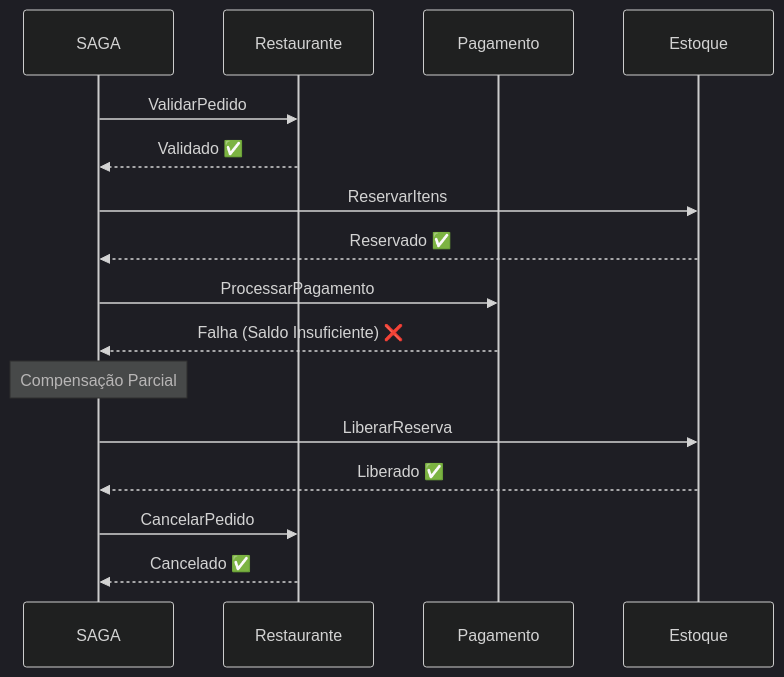
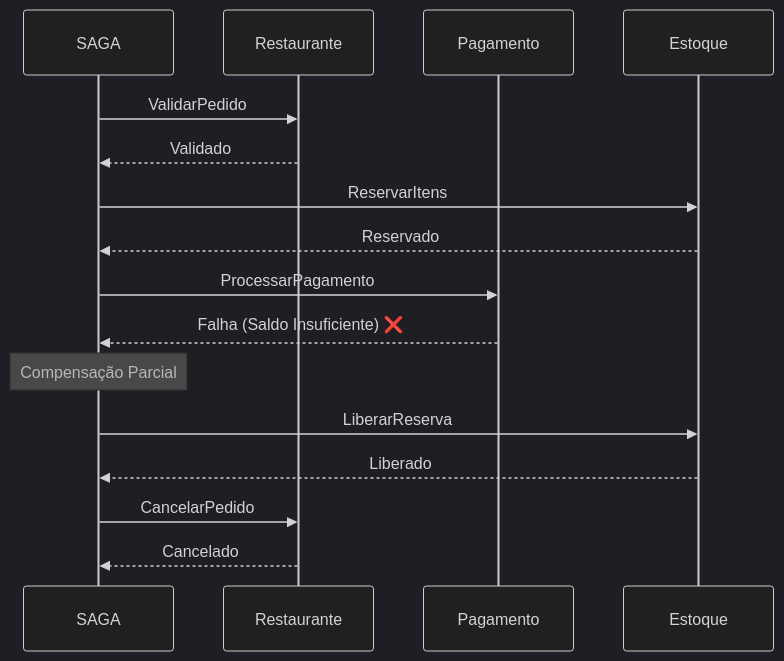
One commit to felipemarcianodev/saga-poc-dotnet changed the eighth of 9 diagrams in docs/diagramas-compensacao.md. Above: the diagram before and after it, drawn with Mermaid (dark theme). The commit also changed other lines of this file and 70 other files, not shown here.

````diff
--- a/docs/diagramas-compensacao.md
+++ b/docs/diagramas-compensacao.md
@@ -259,24 +259,24 @@
 ```mermaid
 sequenceDiagram
     participant SAGA
     participant Restaurante
     participant Pagamento
     participant Estoque
 
     SAGA->>Restaurante: ValidarPedido
-    Restaurante-->>SAGA: Validado ✅
+    Restaurante-->>SAGA: Validado
 
     SAGA->>Estoque: ReservarItens
-    Estoque-->>SAGA: Reservado ✅
+    Estoque-->>SAGA: Reservado
 
     SAGA->>Pagamento: ProcessarPagamento
     Pagamento-->>SAGA: Falha (Saldo Insuficiente) ❌
 
     Note over SAGA: Compensação Parcial
 
     SAGA->>Estoque: LiberarReserva
-    Estoque-->>SAGA: Liberado ✅
+    Estoque-->>SAGA: Liberado
 
     SAGA->>Restaurante: CancelarPedido
-    Restaurante-->>SAGA: Cancelado ✅
+    Restaurante-->>SAGA: Cancelado
 ```
````
